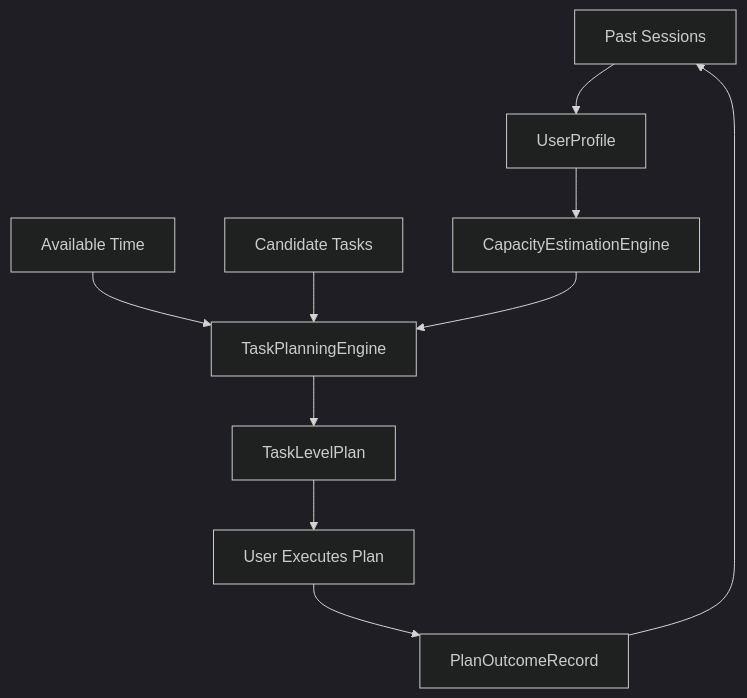
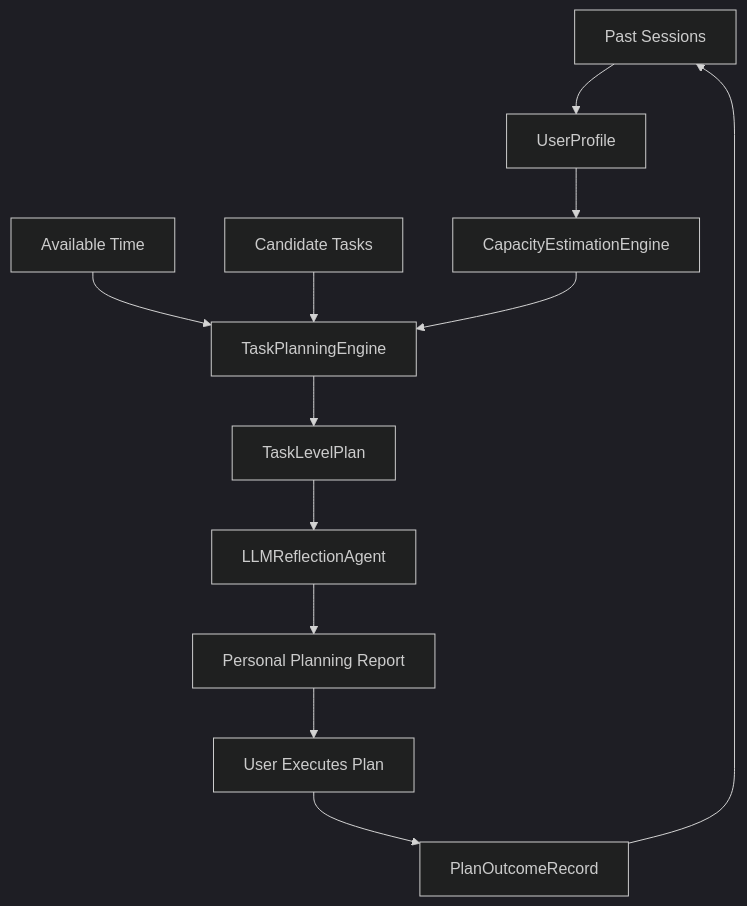
The diagram in README.md (XueyuLee1/personal-planning-agent), drawn with Mermaid (dark theme) before and after one commit. The commit also changed other lines of this file and 8 other files, not shown here.

````diff
--- a/README.md
+++ b/README.md
@@ -42,12 +45,14 @@
 ```mermaid
 flowchart TD
     A["Past Sessions"] --> B["UserProfile"]
     B --> C["CapacityEstimationEngine"]
     D["Available Time"] --> E["TaskPlanningEngine"]
     F["Candidate Tasks"] --> E
     C --> E
     E --> G["TaskLevelPlan"]
-    G --> H["User Executes Plan"]
-    H --> I["PlanOutcomeRecord"]
-    I --> A
+    G --> H["LLMReflectionAgent"]
+    H --> I["Personal Planning Report"]
+    I --> J["User Executes Plan"]
+    J --> K["PlanOutcomeRecord"]
+    K --> A
 ```
````
